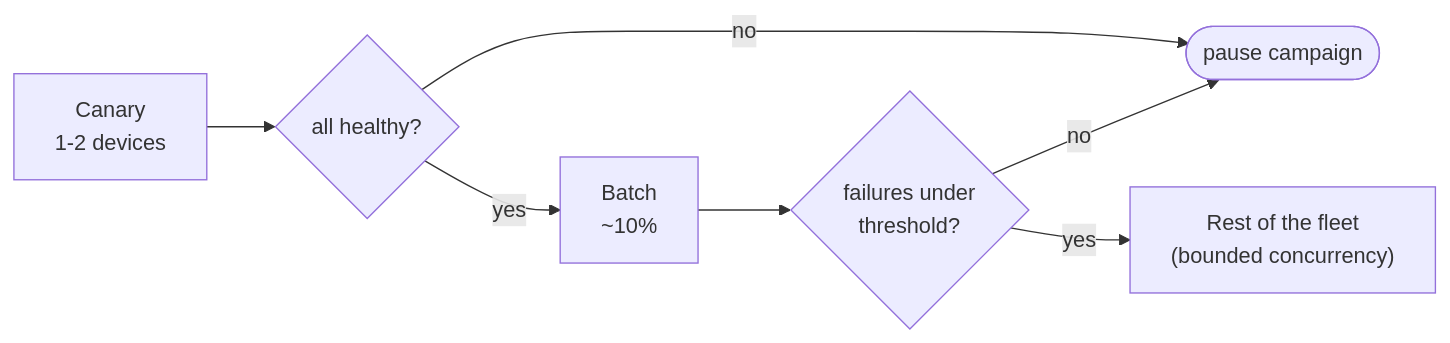
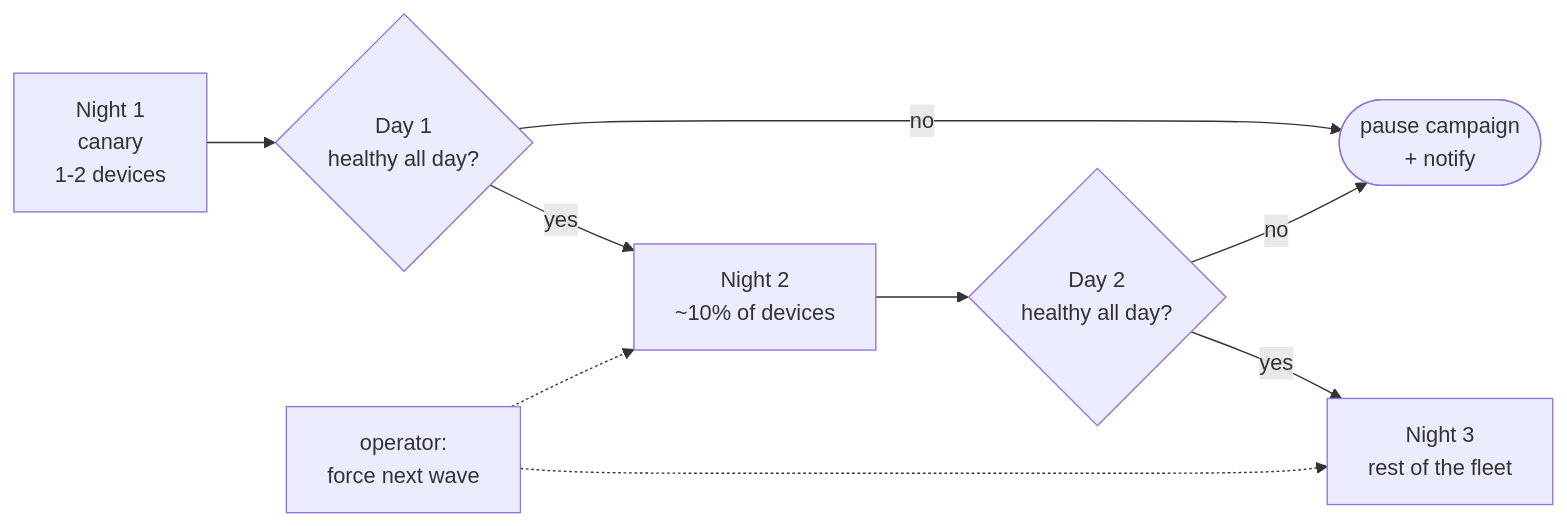
The ninth of 12 diagrams in docs/ADR/fleet-api.md (pyronear/pi-manager-template), drawn with Mermaid before and after one commit. The commit also changed other lines of this file, not shown here.

First line of the commit message:
docs(adr): roll out campaigns one wave per night

````diff
--- a/docs/ADR/fleet-api.md
+++ b/docs/ADR/fleet-api.md
@@ -307,8 +317,10 @@
 ```mermaid
 flowchart LR
-    C["Canary<br/>1-2 devices"] --> G1{"all healthy?"}
-    G1 -- no --> STOP(["pause campaign"])
-    G1 -- yes --> B1["Batch<br/>~10%"] --> G2{"failures under<br/>threshold?"}
-    G2 -- no --> STOP
-    G2 -- yes --> B2["Rest of the fleet<br/>(bounded concurrency)"]
+    N1["Night 1<br/>canary<br/>1-2 devices"] --> D1{"Day 1<br/>healthy all day?"}
+    D1 -- no --> STOP(["pause campaign<br/>+ notify"])
+    D1 -- yes --> N2["Night 2<br/>~10% of devices"] --> D2{"Day 2<br/>healthy all day?"}
+    D2 -- no --> STOP
+    D2 -- yes --> N3["Night 3<br/>rest of the fleet"]
+    FORCE["operator:<br/>force next wave"] -.-> N2
+    FORCE -.-> N3
 ```
````
